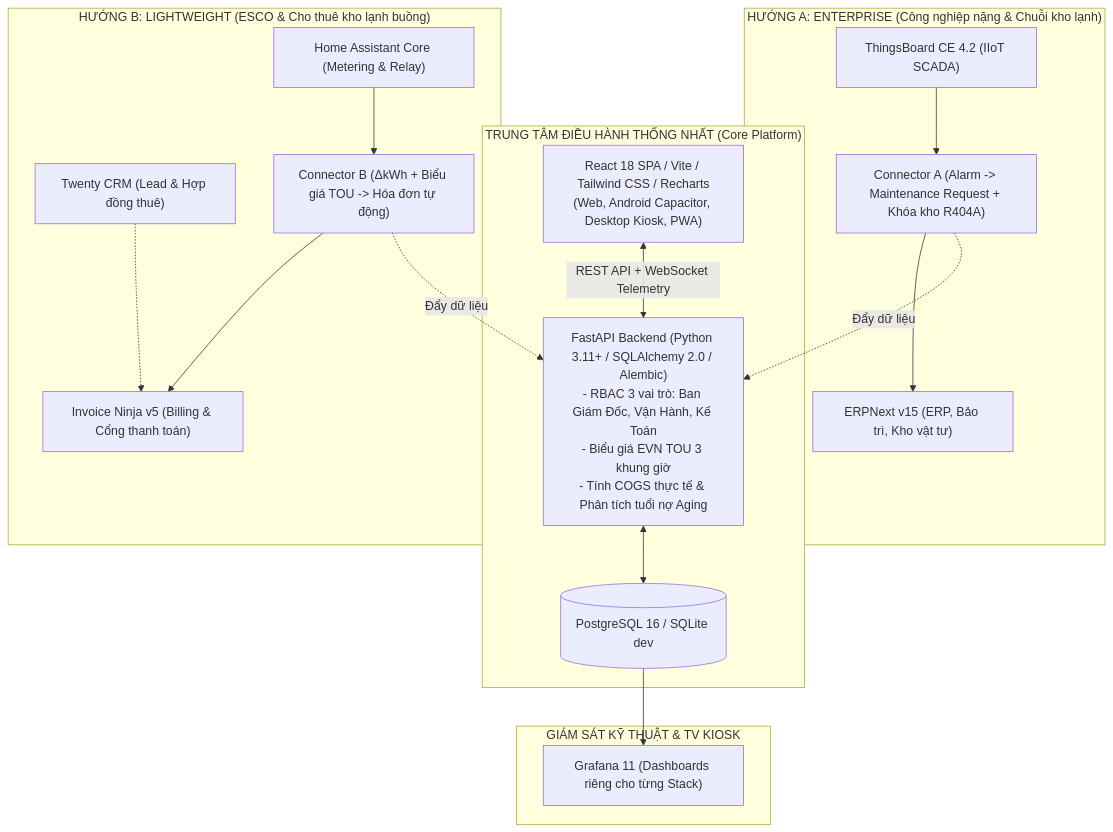
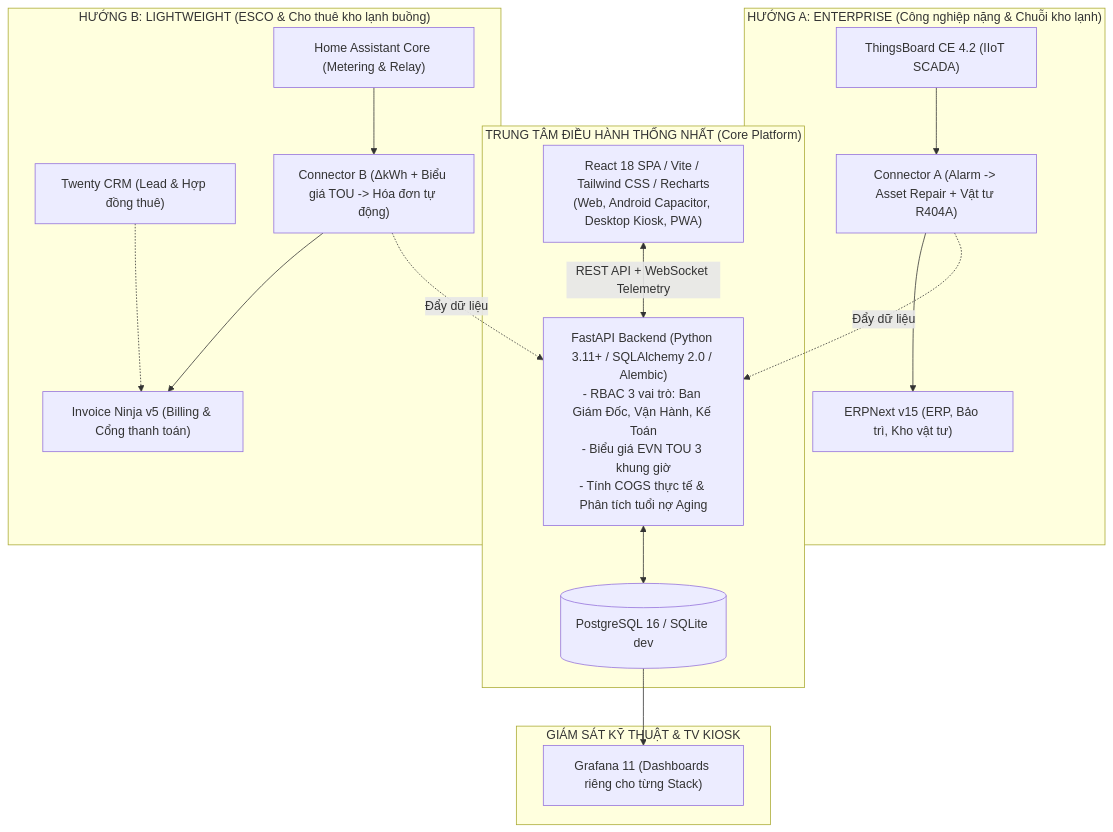
One commit to thinhliv/thermal-biz-command-center changed the diagram in README.md. Above: the diagram before and after it, drawn with Mermaid. The commit also changed other lines of this file and 10 other files, not shown here.

````diff
--- a/README.md
+++ b/README.md
@@ -12,33 +12,33 @@
 ```mermaid
 flowchart TD
     subgraph Core["TRUNG TÂM ĐIỀU HÀNH THỐNG NHẤT (Core Platform)"]
         UI["React 18 SPA / Vite / Tailwind CSS / Recharts\n(Web, Android Capacitor, Desktop Kiosk, PWA)"]
         API["FastAPI Backend (Python 3.11+ / SQLAlchemy 2.0 / Alembic)\n- RBAC 3 vai trò: Ban Giám Đốc, Vận Hành, Kế Toán\n- Biểu giá EVN TOU 3 khung giờ\n- Tính COGS thực tế & Phân tích tuổi nợ Aging"]
         DB[(PostgreSQL 16 / SQLite dev)]
         UI <-->|REST API + WebSocket Telemetry| API
         API <--> DB
     end
 
     subgraph StackA["HƯỚNG A: ENTERPRISE (Công nghiệp nặng & Chuỗi kho lạnh)"]
         TB["ThingsBoard CE 4.2 (IIoT SCADA)"]
         ERP["ERPNext v15 (ERP, Bảo trì, Kho vật tư)"]
-        ConnA["Connector A (Alarm -> Maintenance Request + Khóa kho R404A)"]
+        ConnA["Connector A (Alarm -> Asset Repair + Vật tư R404A)"]
         TB --> ConnA --> ERP
         ConnA -.->|Đẩy dữ liệu| API
     end
 
     subgraph StackB["HƯỚNG B: LIGHTWEIGHT (ESCO & Cho thuê kho lạnh buồng)"]
         HA["Home Assistant Core (Metering & Relay)"]
         Ninja["Invoice Ninja v5 (Billing & Cổng thanh toán)"]
         Twenty["Twenty CRM (Lead & Hợp đồng thuê)"]
         ConnB["Connector B (ΔkWh + Biểu giá TOU -> Hóa đơn tự động)"]
         HA --> ConnB --> Ninja
         Twenty -.-> Ninja
         ConnB -.->|Đẩy dữ liệu| API
     end
 
     subgraph Dashboards["GIÁM SÁT KỸ THUẬT & TV KIOSK"]
         Grafana["Grafana 11 (Dashboards riêng cho từng Stack)"]
         DB --> Grafana
     end
 ```
````
